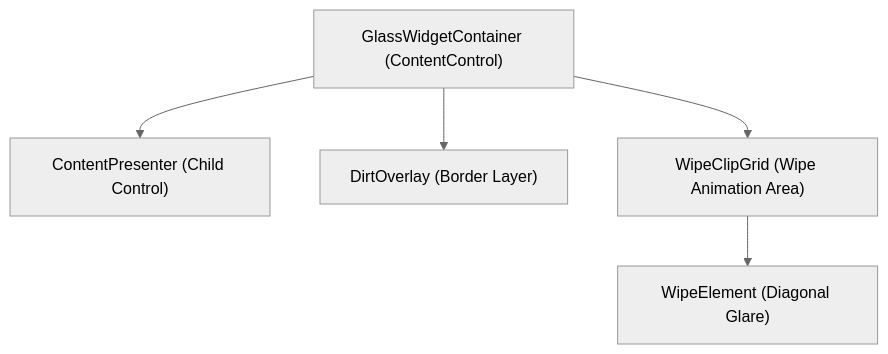
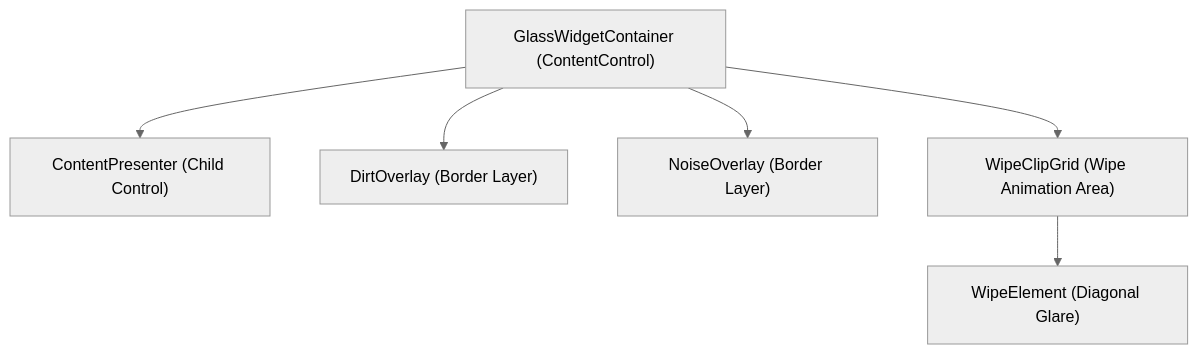
Before and after one commit to intellidream/Daily: the diagram in Docs/Features/WidgetAging.md, drawn with Mermaid (neutral theme). The commit also changed other lines of this file and 11 other files, not shown here.

````diff
--- a/Docs/Features/WidgetAging.md
+++ b/Docs/Features/WidgetAging.md
@@ -33,7 +37,8 @@
 ```mermaid
 graph TD
     A["GlassWidgetContainer (ContentControl)"] --> B["ContentPresenter (Child Control)"]
     A --> C["DirtOverlay (Border Layer)"]
-    A --> D["WipeClipGrid (Wipe Animation Area)"]
-    D --> E["WipeElement (Diagonal Glare)"]
+    A --> D["NoiseOverlay (Border Layer)"]
+    A --> E["WipeClipGrid (Wipe Animation Area)"]
+    E --> F["WipeElement (Diagonal Glare)"]
 ```
````
